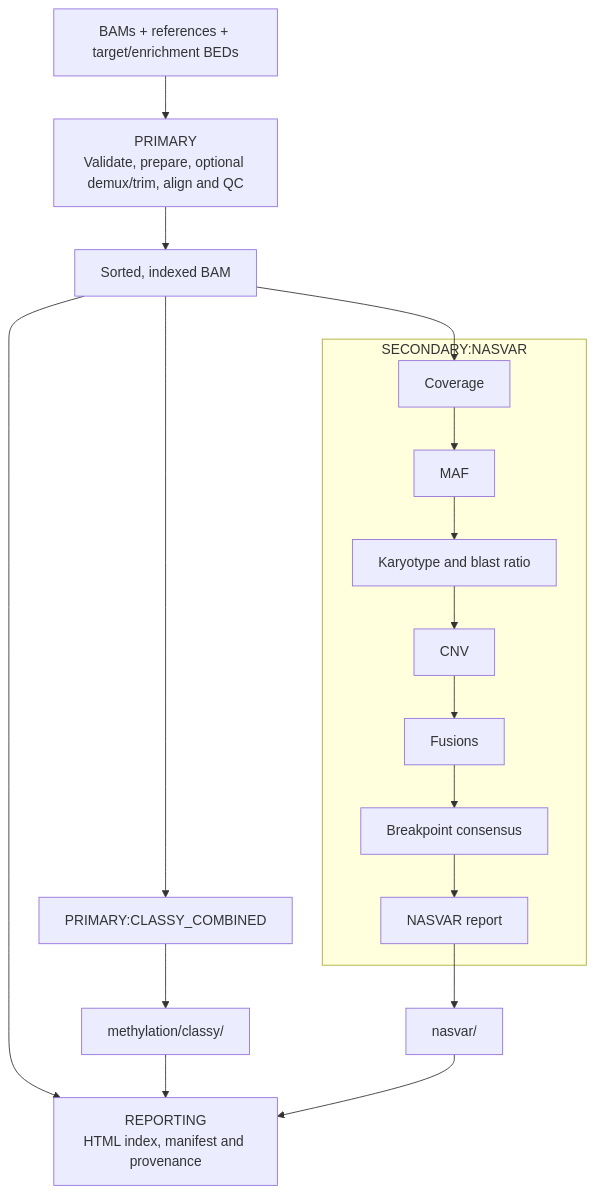
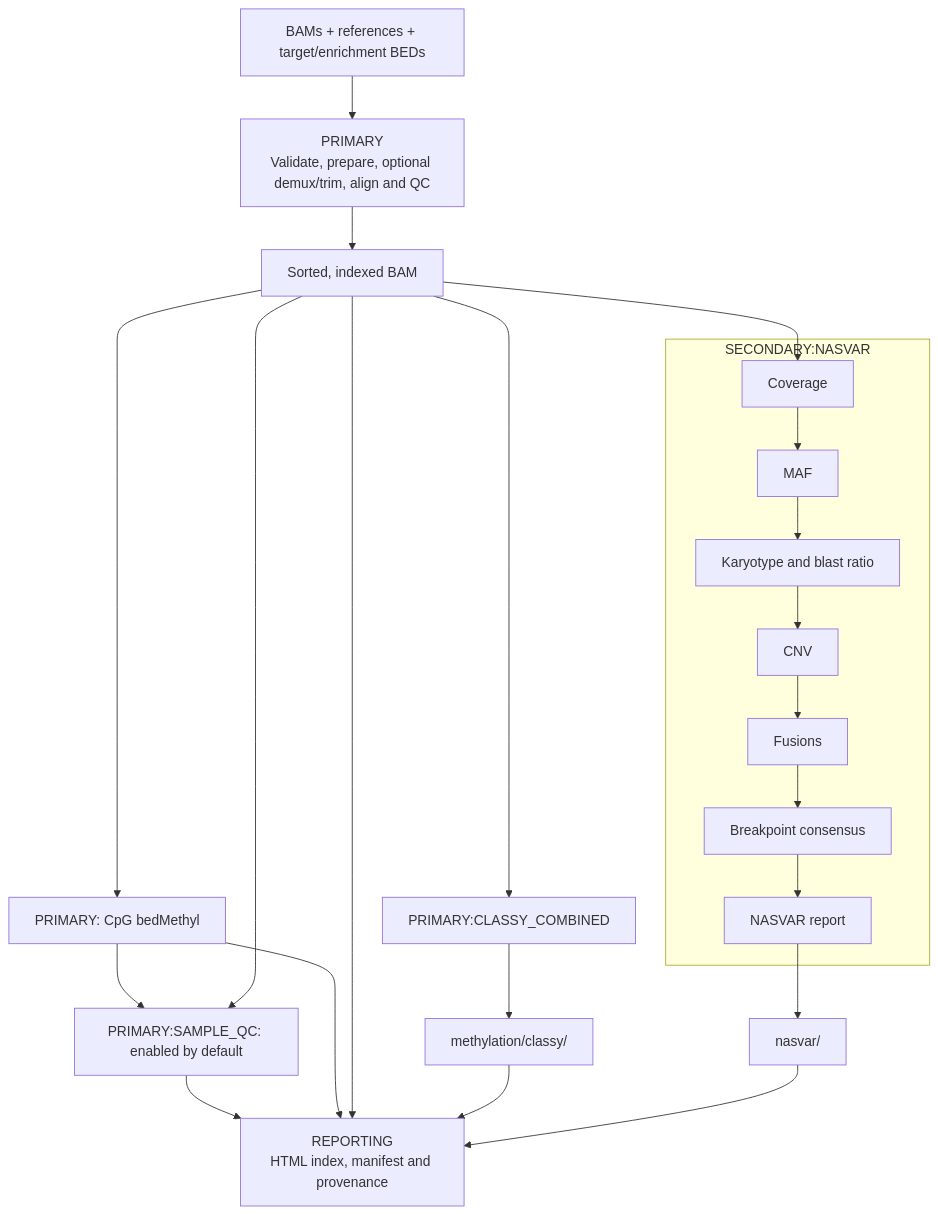
One commit to dbuckleychla/FrankONTstein changed the second of 3 diagrams in README.md. Above: the diagram before and after it, drawn with Mermaid. The commit also changed other lines of this file and 27 other files, not shown here.

````diff
--- a/README.md
+++ b/README.md
@@ -55,20 +60,25 @@
 ```mermaid
 flowchart TD
     I["BAMs + references + target/enrichment BEDs"] --> P["PRIMARY<br/>Validate, prepare, optional demux/trim, align and QC"]
     P --> A["Sorted, indexed BAM"]
+    A --> BED["PRIMARY: CpG bedMethyl"]
+    BED --> QC["PRIMARY:SAMPLE_QC: enabled by default"]
+    A --> QC
+    QC --> REPORT
+    BED --> REPORT
     A --> C["PRIMARY:CLASSY_COMBINED"]
     A --> N1
     subgraph NASVAR["SECONDARY:NASVAR"]
         N1["Coverage"] --> N2["MAF"]
         N2 --> N3["Karyotype and blast ratio"]
         N3 --> N4["CNV"]
         N4 --> N5["Fusions"]
         N5 --> N6["Breakpoint consensus"]
         N6 --> N7["NASVAR report"]
     end
     N7 --> NOUT["nasvar/"]
     C --> MOUT["methylation/classy/"]
     A --> REPORT["REPORTING<br/>HTML index, manifest and provenance"]
     MOUT --> REPORT
     NOUT --> REPORT
 ```
````
